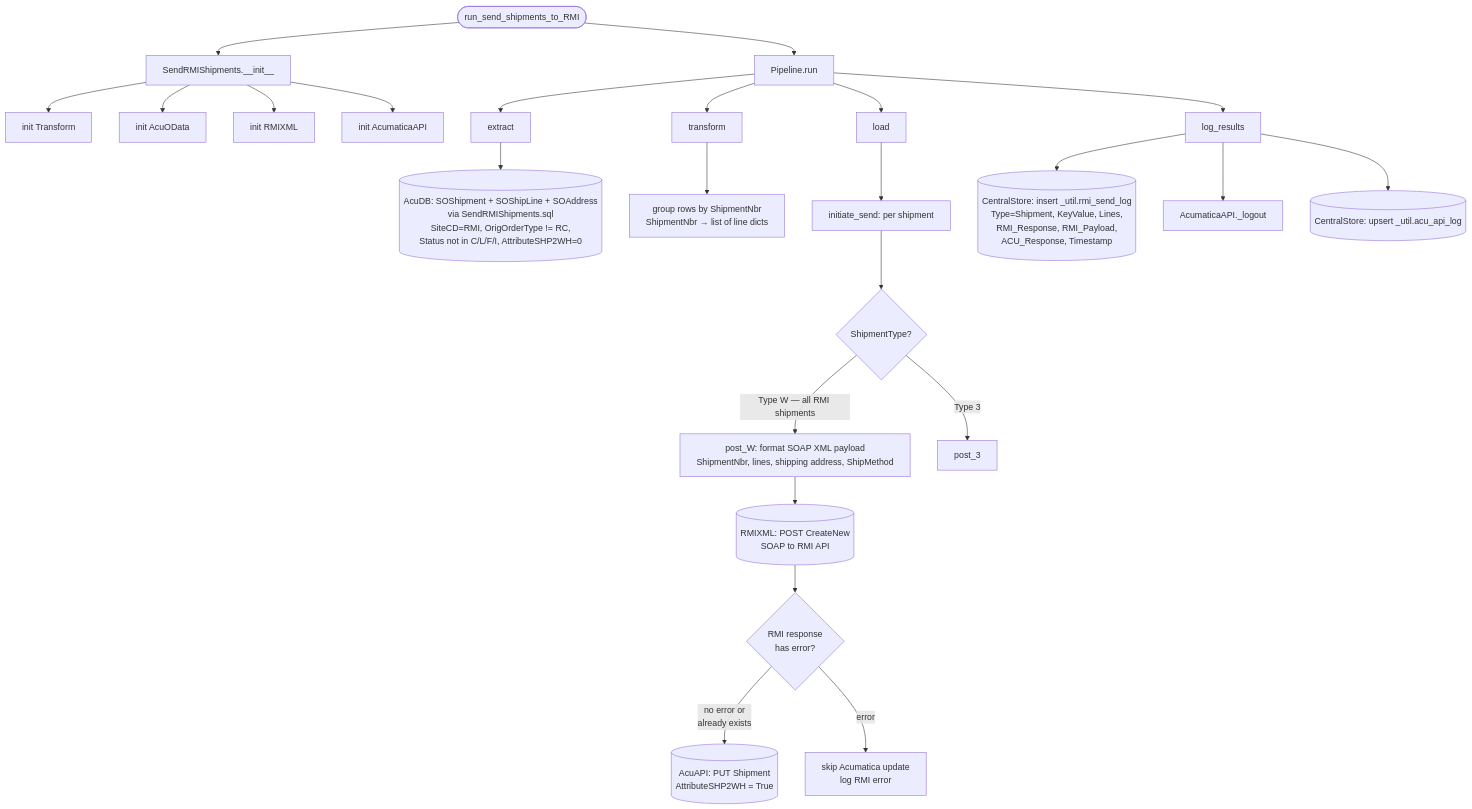
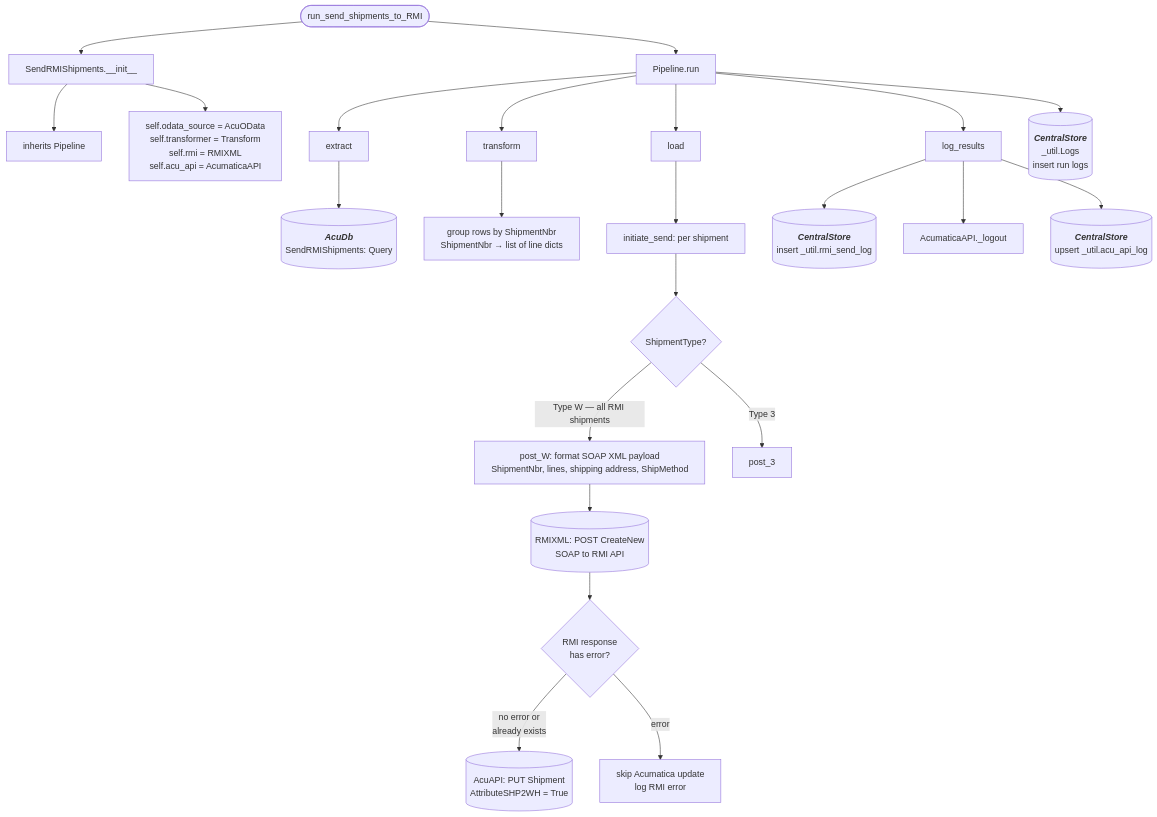
The second of 3 diagrams in docs/functions/rmi_send_shipment_return_pipeline.md (journeyhl/integration-platform), drawn with Mermaid before and after one commit. The commit also changed other lines of this file and 42 other files, not shown here.

````diff
--- a/docs/functions/rmi_send_shipment_return_pipeline.md
+++ b/docs/functions/rmi_send_shipment_return_pipeline.md
@@ -30,31 +29,46 @@
 ```mermaid
 %%{init: {"flowchart": {"wrappingWidth": 400}}}%%
 flowchart TD
     A([run_send_shipments_to_RMI]) --> B[SendRMIShipments.__init__]
-    B --> B1[init Transform]
-    B --> B2[init AcuOData]
-    B --> B3[init RMIXML]
-    B --> B4[init AcumaticaAPI]
+    B --> B1[inherits Pipeline]
+    B --> B2[
+        self.odata_source = AcuOData
+        self.transformer = Transform
+        self.rmi = RMIXML
+        self.acu_api = AcumaticaAPI
+    ]
     A --> RUN[Pipeline.run]
 
     RUN --> EX[extract]
-    EX --> D1[(AcuDB: SOShipment + SOShipLine + SOAddress<br/>via SendRMIShipments.sql<br/>SiteCD=RMI, OrigOrderType != RC,<br/>Status not in C/L/F/I, AttributeSHP2WH=0)]
+    EX --> D1[(
+        <b><i>AcuDb</i></b>
+        SendRMIShipments: Query
+        )]
 
     RUN --> TR[transform]
     TR --> T1[group rows by ShipmentNbr<br/>ShipmentNbr → list of line dicts]
 
     RUN --> LD[load]
     LD --> LD1[initiate_send: per shipment]
     LD1 --> LD2{ShipmentType?}
     LD2 -->|Type W — all RMI shipments| LD3[post_W: format SOAP XML payload<br/>ShipmentNbr, lines, shipping address, ShipMethod]
     LD2 -->|Type 3| LD4[post_3]
     LD3 --> RS1[(RMIXML: POST CreateNew<br/>SOAP to RMI API)]
     RS1 --> LD5{RMI response<br/>has error?}
     LD5 -->|no error or<br/>already exists| LD6[(AcuAPI: PUT Shipment<br/>AttributeSHP2WH = True)]
     LD5 -->|error| SKIP[skip Acumatica update<br/>log RMI error]
 
     RUN --> LR[log_results]
-    LR --> LR1[(CentralStore: insert _util.rmi_send_log<br/>Type=Shipment, KeyValue, Lines,<br/>RMI_Response, RMI_Payload,<br/>ACU_Response, Timestamp)]
+    LR --> LR1[(
+        <b><i>CentralStore</i></b>
+        insert _util.rmi_send_log
+    )]
     LR --> LO[AcumaticaAPI._logout]
-    LR --> UPS[(CentralStore: upsert _util.acu_api_log)]
+    LR --> UPS[(
+        <b><i>CentralStore</i></b>
+        upsert _util.acu_api_log)]
+    RUN --> LOGS[(
+        <b><i>CentralStore</i></b>
+        _util.Logs<br/>insert run logs
+    )]
 ```
````
